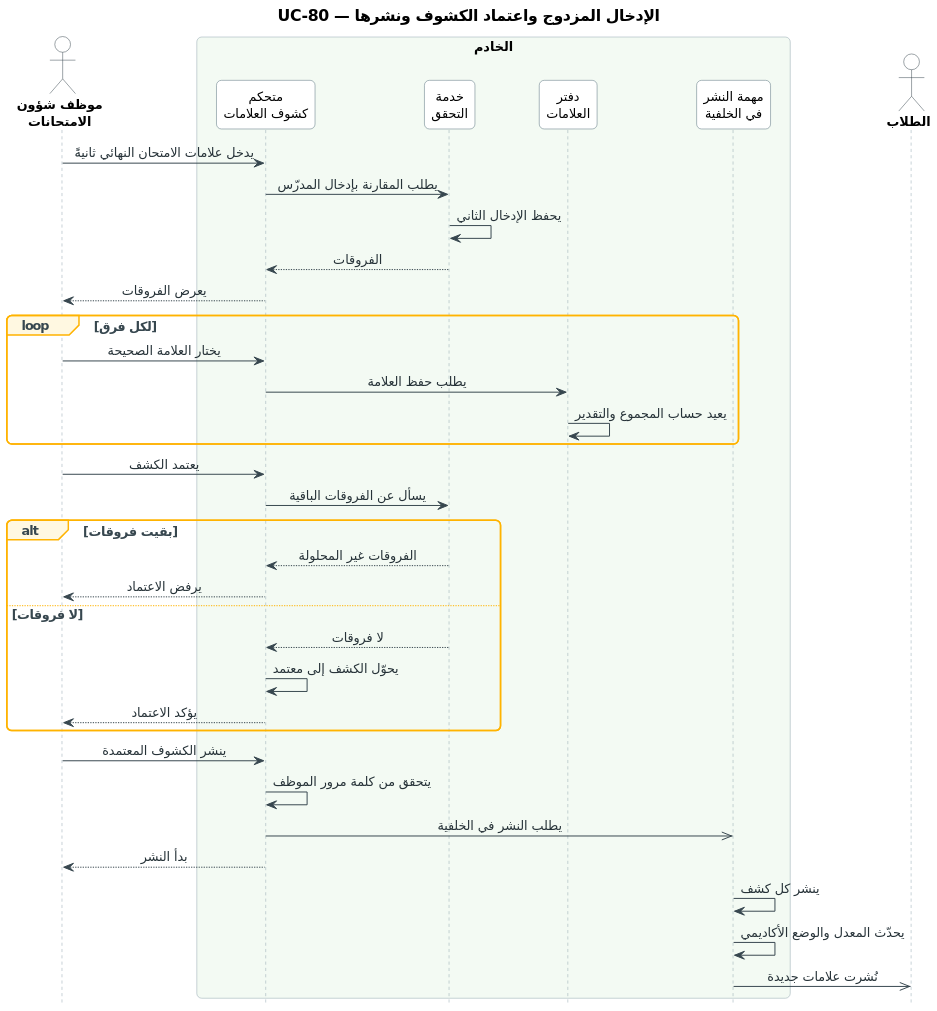
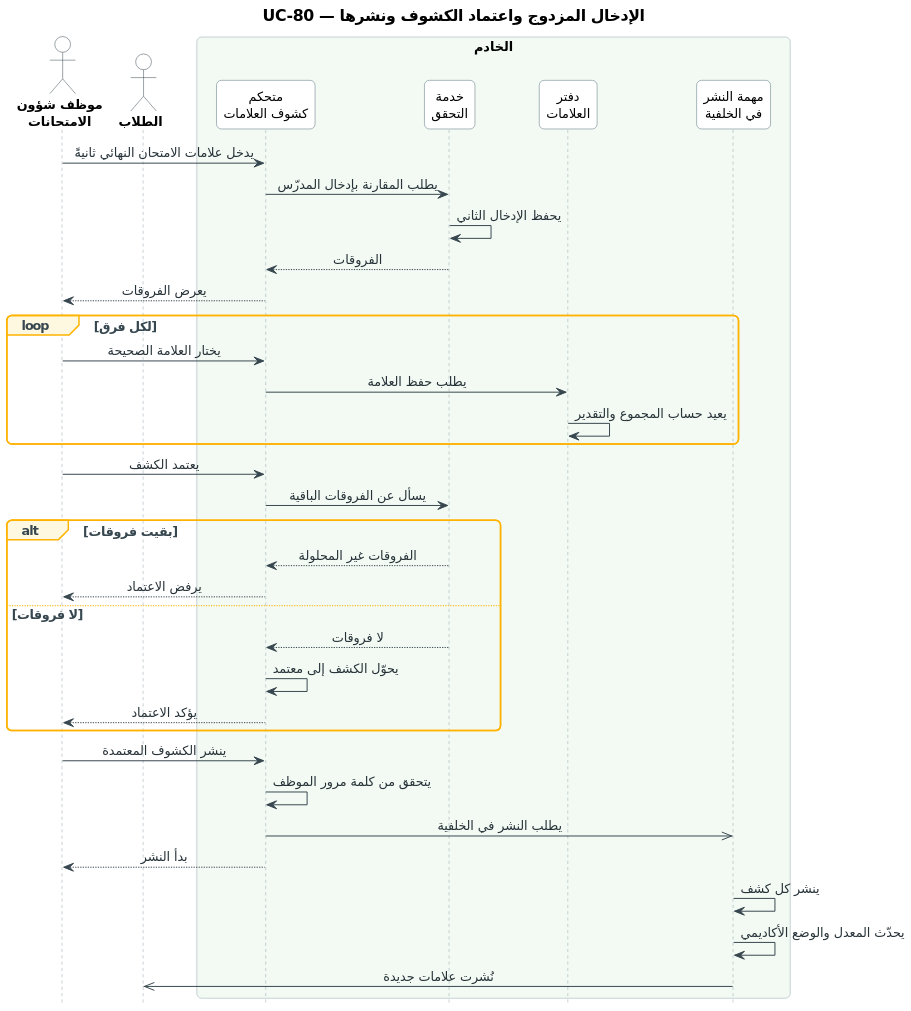
Before and after one commit to abdalkareemhegazy/OptiTime: the diagram in Files/Assets/UseCases/Sequence Diagram/New/Arabic/Src/UC-80_verify_publish_grades.puml, drawn with PlantUML. The commit also changed other lines of this file and 24 other files, not shown here.

First line of the commit message:
OPT-11 Update main-case sequence diagrams

```diff
--- a/Files/Assets/UseCases/Sequence Diagram/New/Arabic/Src/UC-80_verify_publish_grades.puml
+++ b/Files/Assets/UseCases/Sequence Diagram/New/Arabic/Src/UC-80_verify_publish_grades.puml
@@ -1,70 +1,70 @@
 @startuml UC-80_verify_publish_grades
 skinparam dpi 150
 ' ===== النمط الموحّد (مثل مخططات النشاط) =====
 skinparam defaultFontName Tahoma
 skinparam defaultFontSize 13
 skinparam shadowing false
 skinparam roundcorner 10
 skinparam ArrowColor #37474F
 skinparam ArrowFontColor #263238
 skinparam TitleFontSize 16
 skinparam TitleFontStyle bold
 skinparam ParticipantBackgroundColor #FFFFFF
 skinparam ParticipantBorderColor #546E7A
 skinparam ParticipantFontSize 13
 skinparam ActorBackgroundColor #FFFFFF
 skinparam ActorBorderColor #37474F
 skinparam ActorFontSize 13
 skinparam ActorFontStyle bold
 skinparam SequenceLifeLineBorderColor #90A4AE
 skinparam SequenceBoxBorderColor #90A4AE
 skinparam SequenceBoxFontSize 14
 skinparam SequenceBoxFontStyle bold
 skinparam SequenceGroupBorderColor #FFB300
 skinparam SequenceGroupBackgroundColor #FFF8E1
 skinparam SequenceGroupFontColor #37474F
 skinparam SequenceGroupHeaderFontColor #37474F
 skinparam sequenceMessageAlign center
 skinparam ParticipantPadding 16
 skinparam BoxPadding 12
 hide footbox
 ' ===== المخطط =====
 title UC-80 — الإدخال المزدوج واعتماد الكشوف ونشرها
 
 actor "موظف شؤون\nالامتحانات" as U
+actor "الطلاب" as R
 box "الخادم" #F3FAF3
   participant "متحكم\nكشوف العلامات" as GC
   participant "خدمة\nالتحقق" as VS
   participant "دفتر\nالعلامات" as GB
   participant "مهمة النشر\nفي الخلفية" as PJ
 end box
-actor "الطلاب" as R
 
 U -> GC : يدخل علامات الامتحان النهائي ثانيةً
 GC -> VS : يطلب المقارنة بإدخال المدرّس
 VS -> VS : يحفظ الإدخال الثاني
 VS --> GC : الفروقات
 GC --> U : يعرض الفروقات
 loop لكل فرق
   U -> GC : يختار العلامة الصحيحة
   GC -> GB : يطلب حفظ العلامة
   GB -> GB : يعيد حساب المجموع والتقدير
 end
 U -> GC : يعتمد الكشف
 GC -> VS : يسأل عن الفروقات الباقية
 alt بقيت فروقات
   VS --> GC : الفروقات غير المحلولة
   GC --> U : يرفض الاعتماد
 else لا فروقات
   VS --> GC : لا فروقات
   GC -> GC : يحوّل الكشف إلى معتمد
   GC --> U : يؤكد الاعتماد
 end
 U -> GC : ينشر الكشوف المعتمدة
 GC -> GC : يتحقق من كلمة مرور الموظف
 GC ->> PJ : يطلب النشر في الخلفية
 GC --> U : بدأ النشر
 PJ -> PJ : ينشر كل كشف
 PJ -> PJ : يحدّث المعدل والوضع الأكاديمي
 PJ ->> R : نُشرت علامات جديدة
 @enduml
```
